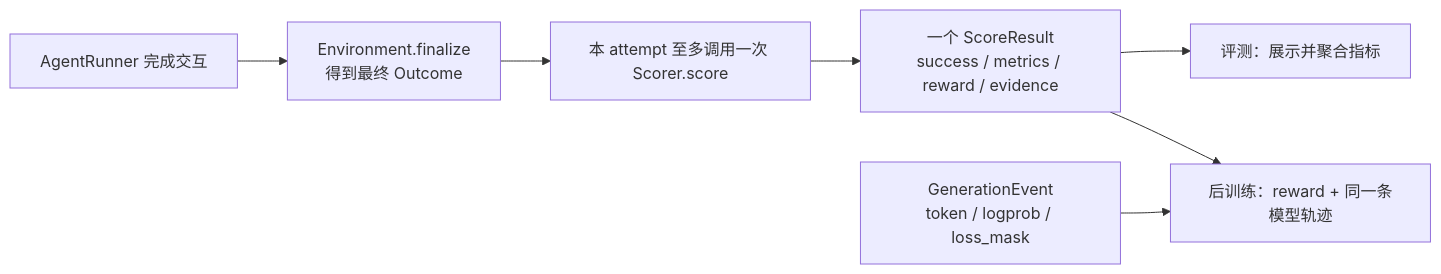
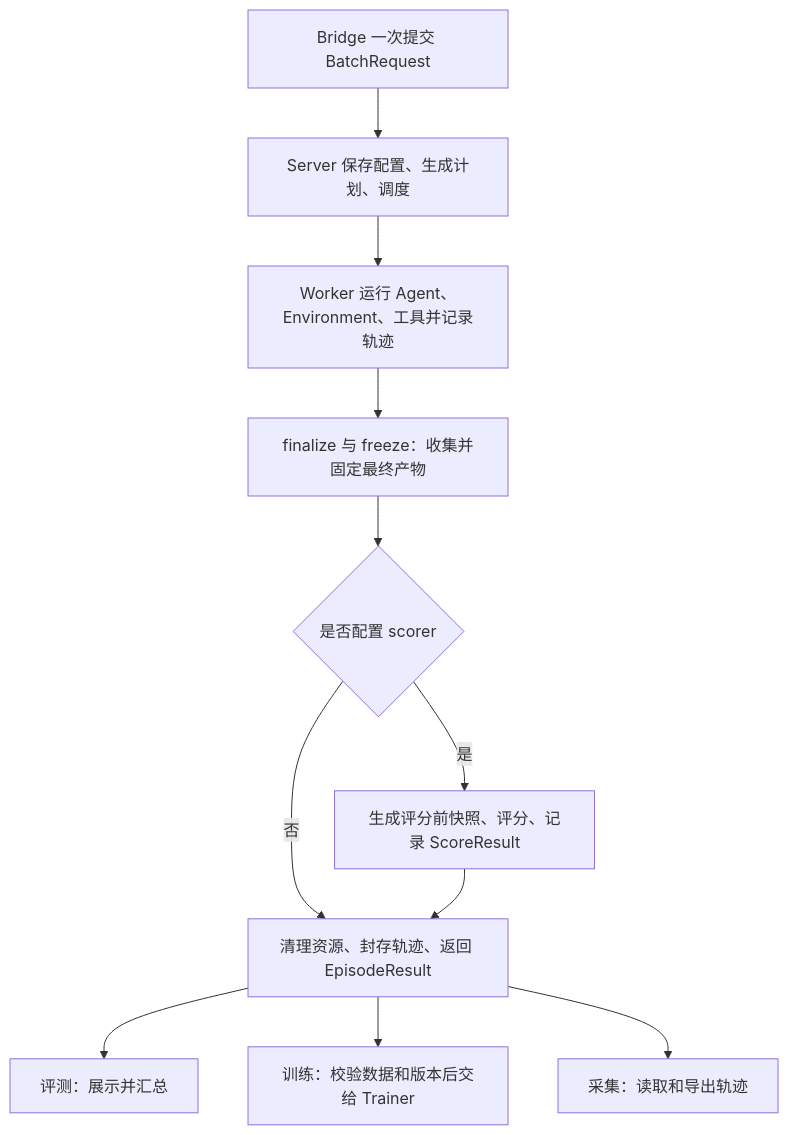
Before and after one commit to audreyyan1015/uenv_design: diagram 13 of 16 in docs/uenv_design.md, drawn with Mermaid. The commit also changed other lines of this file and 65 other files, not shown here.

````diff
--- a/docs/uenv_design.md
+++ b/docs/uenv_design.md
@@ -852,9 +871,13 @@
 ```mermaid
-flowchart LR
-  A[AgentRunner 完成交互] --> O[Environment.finalize<br/>得到最终 Outcome]
-  O --> S[本 attempt 至多调用一次 Scorer.score]
-  S --> R[一个 ScoreResult<br/>success / metrics / reward / evidence]
-  R --> E[评测：展示并聚合指标]
-  R --> T[后训练：reward + 同一条模型轨迹]
-  G[GenerationEvent<br/>token / logprob / loss_mask] --> T
+flowchart TD
+  B[Bridge 一次提交 BatchRequest] --> S[Server 保存配置、生成计划、调度]
+  S --> W[Worker 运行 Agent、Environment、工具并记录轨迹]
+  W --> O[finalize 与 freeze：收集并固定最终产物]
+  O --> Q{是否配置 scorer}
+  Q -->|是| C[生成评分前快照、评分、记录 ScoreResult]
+  Q -->|否| F[清理资源、封存轨迹、返回 EpisodeResult]
+  C --> F
+  F --> E[评测：展示并汇总]
+  F --> T[训练：校验数据和版本后交给 Trainer]
+  F --> X[采集：读取和导出轨迹]
 ```
````
